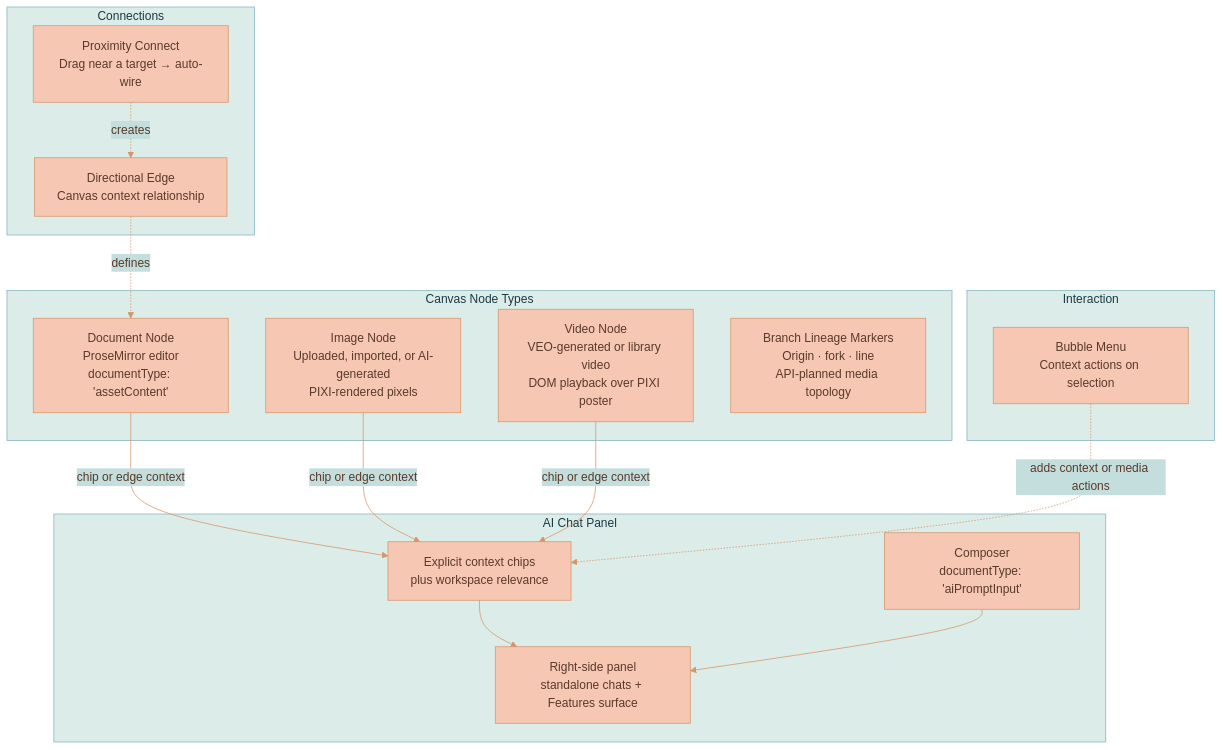
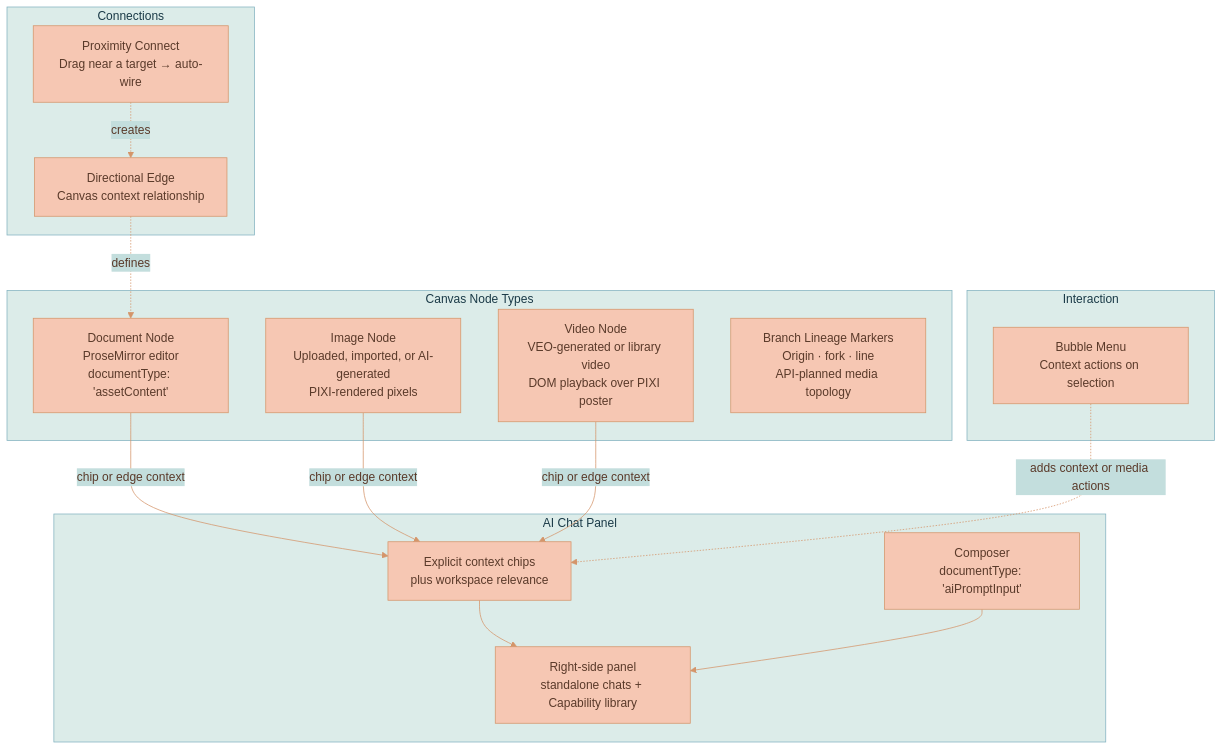
The first of 7 diagrams in documentation/PRODUCT-OVERVIEW.md (Lixpi/lixpi), drawn with Mermaid before and after one commit. The commit also changed other lines of this file and 380 other files, not shown here.

````diff
--- a/documentation/PRODUCT-OVERVIEW.md
+++ b/documentation/PRODUCT-OVERVIEW.md
@@ -23,34 +23,34 @@
 ```mermaid
 %%{init: {'theme': 'base', 'themeVariables': { 'primaryColor': '#F6C7B3', 'primaryTextColor': '#5a3a2a', 'primaryBorderColor': '#d4956a', 'secondaryColor': '#C3DEDD', 'secondaryTextColor': '#1a3a47', 'secondaryBorderColor': '#4a8a9d', 'tertiaryColor': '#DCECE9', 'tertiaryTextColor': '#1a3a47', 'tertiaryBorderColor': '#82B2C0', 'lineColor': '#d4956a', 'textColor': '#5a3a2a'}}}%%
 graph TB
     subgraph "Canvas Node Types"
         Doc[Document Node<br/>ProseMirror editor<br/>documentType: 'assetContent']
         Img[Image Node<br/>Uploaded, imported, or AI-generated<br/>PIXI-rendered pixels]
         Vid[Video Node<br/>VEO-generated or library video<br/>DOM playback over PIXI poster]
         Branch[Branch Lineage Markers<br/>Origin · fork · line<br/>API-planned media topology]
     end
 
     subgraph "AI Chat Panel"
-        Panel[Right-side panel<br/>standalone chats + Features surface]
+        Panel[Right-side panel<br/>standalone chats + Capability library]
         Chips[Explicit context chips<br/>plus workspace relevance]
         Composer[Composer<br/>documentType: 'aiPromptInput']
     end
 
     subgraph "Connections"
         Edge[Directional Edge<br/>Canvas context relationship]
         Prox[Proximity Connect<br/>Drag near a target → auto-wire]
     end
 
     subgraph "Interaction"
         Bubble[Bubble Menu<br/>Context actions on selection]
     end
 
     Doc -->|chip or edge context| Chips
     Img -->|chip or edge context| Chips
     Vid -->|chip or edge context| Chips
     Chips --> Panel
     Composer --> Panel
     Edge -.->|defines| Doc
     Prox -.->|creates| Edge
     Bubble -.->|adds context or media actions| Chips
 ```
````
